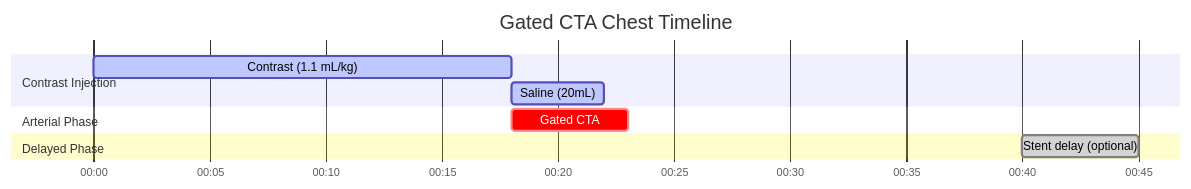
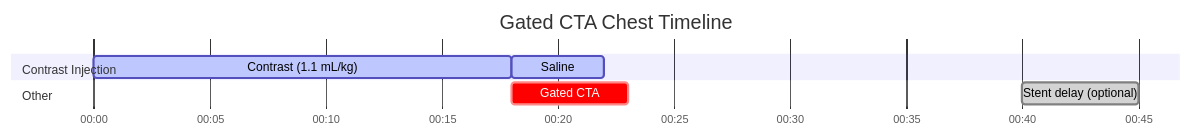
One commit to dfergs93/radiology-protocols changed the diagram in docs/ct/cardiac/gated-cta-chest.md. Above: the diagram before and after it, drawn with Mermaid. The commit also changed other lines of this file and 101 other files, not shown here.

````diff
--- a/docs/ct/cardiac/gated-cta-chest.md
+++ b/docs/ct/cardiac/gated-cta-chest.md
@@ -87,18 +87,19 @@
   ```mermaid
   ---
+  displayMode: compact
   config:
     theme: default
+    themeCSS: " #Saline{ fill: #4ed5ff; stroke: #2094f3; } "
   ---
     gantt
       title Gated CTA Chest Timeline
       dateFormat mm:ss
       axisFormat %M:%S 
       
       section Contrast Injection
       Contrast (1.1 mL/kg)    :active, contrast, 00:00, 18s
-      Saline (20mL)          :active, saline, after contrast, 4s
-      section Arterial Phase
+      Saline          :active, saline, after contrast, 4s
+      section Other
       Gated CTA    :crit, scan1, after contrast, 5s
-      section Delayed Phase
       Stent delay (optional)    :done, scan2, 00:40, 5s
   ```
````
